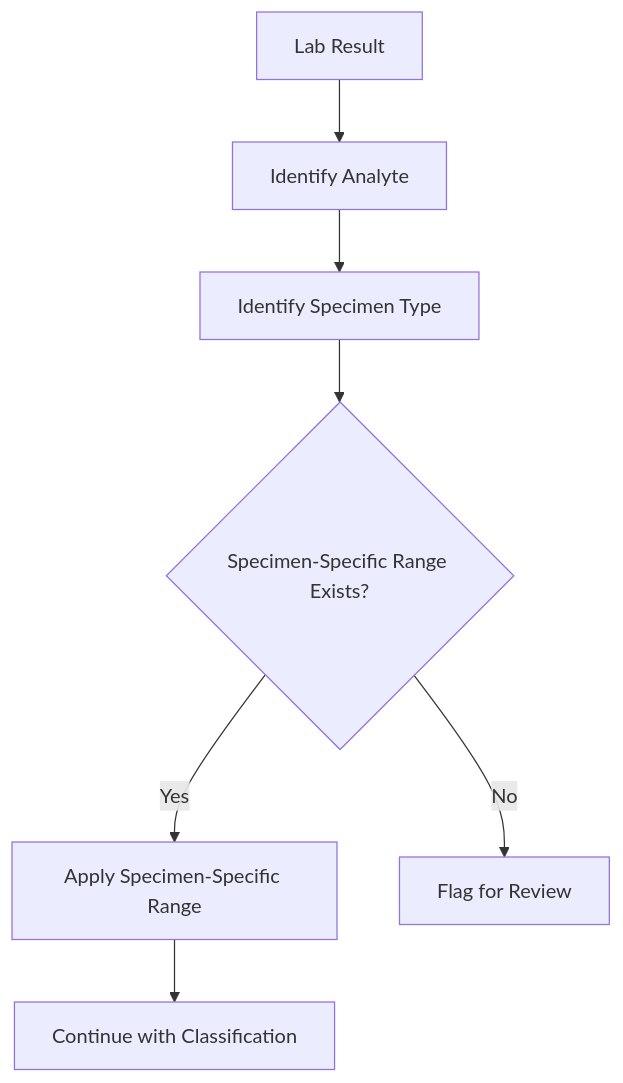
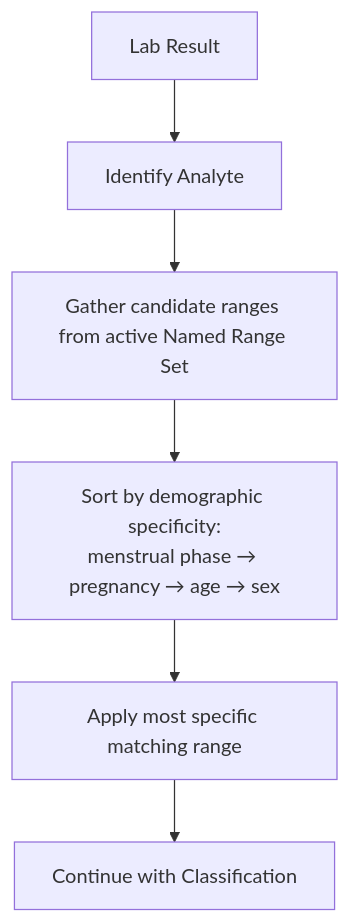
One commit to Hulupeep/healthplus-help changed the diagram in docs/testing-methodologies/specimen-types.md. Above: the diagram before and after it, drawn with Mermaid. The commit also changed other lines of this file, not shown here.

First line of the commit message:
docs: de-drift Specimen Types — demographics-not-specimen range selection, no timing/specimen validation, illustrative values (#39)

````diff
--- a/docs/testing-methodologies/specimen-types.md
+++ b/docs/testing-methodologies/specimen-types.md
@@ -154,9 +153,8 @@
 ```mermaid
 flowchart TD
     A[Lab Result] --> B[Identify Analyte]
-    B --> C[Identify Specimen Type]
-    C --> D{Specimen-Specific Range Exists?}
-    D -->|Yes| E[Apply Specimen-Specific Range]
-    D -->|No| F[Flag for Review]
+    B --> C[Gather candidate ranges from active Named Range Set]
+    C --> D[Sort by demographic specificity:<br/>menstrual phase → pregnancy → age → sex]
+    D --> E[Apply most specific matching range]
     E --> G[Continue with Classification]
 ```
````
